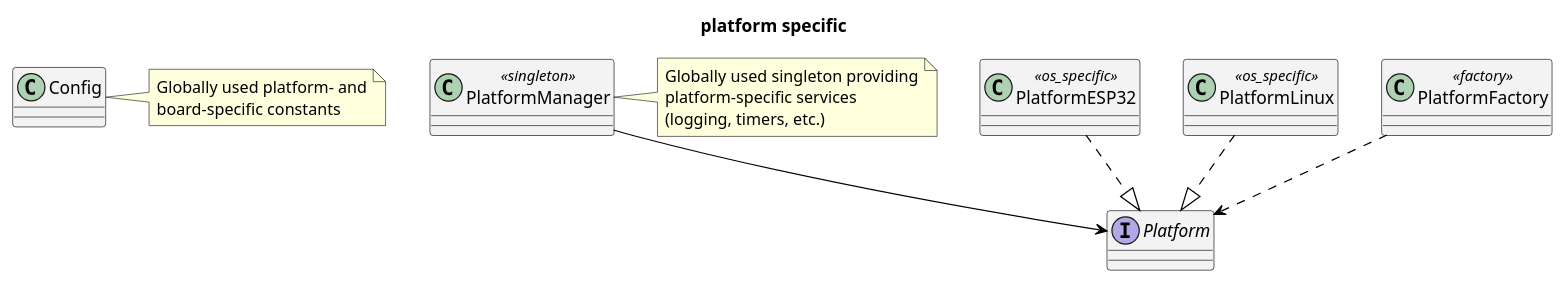
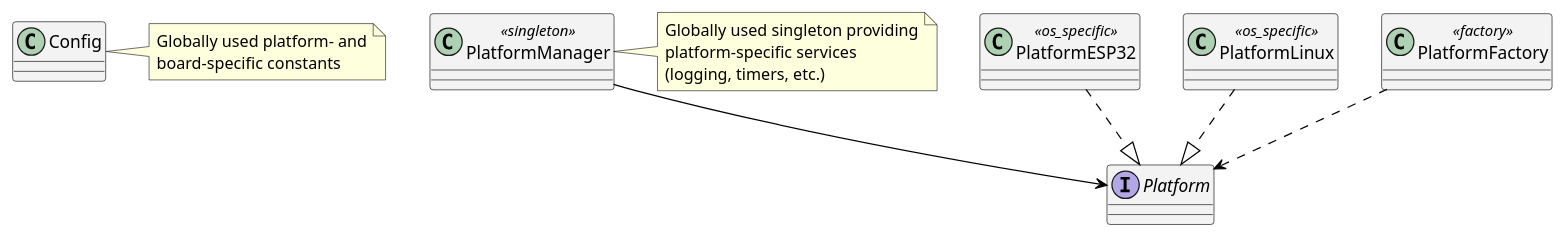
Before and after one commit to retroelec/T-HMI-C64: the second of 2 diagrams in doc/classdiagram.pu, drawn with PlantUML. The commit also changed other lines of this file and 40 other files, not shown here.

```diff
--- a/doc/classdiagram.pu
+++ b/doc/classdiagram.pu
@@ -124,30 +123,29 @@
 @startuml
-title platform specific
 
 skinparam class {
   BackgroundColor #f3f3f3
   ArrowColor Black
   BorderColor Black
 }
 
 interface Platform
 class PlatformESP32 <<os_specific>>
 class PlatformLinux <<os_specific>>
 
 class Config
 note right of Config
 Globally used platform- and
 board-specific constants
 end note
 class PlatformManager <<singleton>>
 note right of PlatformManager
 Globally used singleton providing
 platform-specific services
 (logging, timers, etc.)
 end note
 class PlatformFactory <<factory>>
 PlatformESP32 ..|> Platform
 PlatformLinux ..|> Platform
 PlatformManager --> Platform
 PlatformFactory ..> Platform
 @enduml
```
